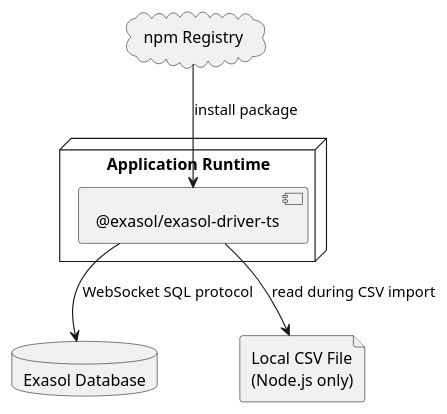
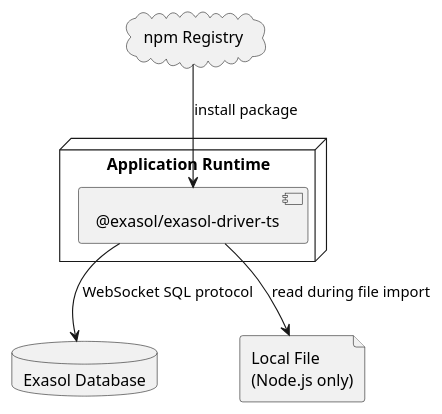
One commit to exasol/exasol-driver-ts changed the diagram in doc/spec/design/deployment_view.md. Above: the diagram before and after it, drawn with PlantUML. The commit also changed other lines of this file and 46 other files, not shown here.

````diff
--- a/doc/spec/design/deployment_view.md
+++ b/doc/spec/design/deployment_view.md
@@ -24,15 +24,15 @@
 ```plantuml
 @startuml
 node "Application Runtime" {
   component "@exasol/exasol-driver-ts" as Driver
 }
 
 database "Exasol Database" as Exasol
-file "Local CSV File\n(Node.js only)" as CsvFile
+file "Local File\n(Node.js only)" as LocalFile
 cloud "npm Registry" as Npm
 
 Driver --> Exasol : WebSocket SQL protocol
-Driver --> CsvFile : read during CSV import
+Driver --> LocalFile : read during file import
 Npm --> Driver : install package
 @enduml
 ```
````
